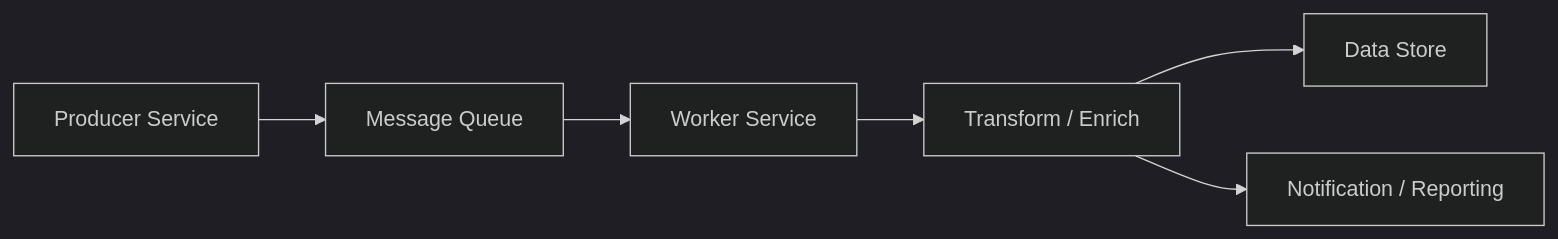
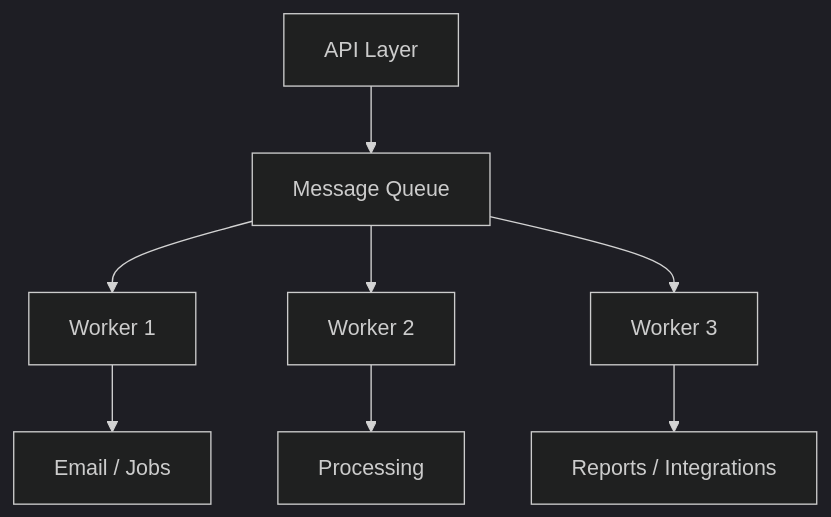
Before and after one commit to quesiblaq442-del/architecture-diagram: diagram 12 of 25 in ARCHITECTURE.md, drawn with Mermaid (dark theme). The commit also changed other lines of this file, not shown here.

````diff
--- a/ARCHITECTURE.md
+++ b/ARCHITECTURE.md
@@ -358,8 +315,10 @@
 ```mermaid
-graph LR
-    Producer["Producer Service"] --> Queue["Message Queue"]
-    Queue --> Worker["Worker Service"]
-    Worker --> Transform["Transform / Enrich"]
-    Transform --> Store["Data Store"]
-    Transform --> Notify["Notification / Reporting"]
+graph TB
+    API["API Layer"] --> MQ["Message Queue"]
+    MQ --> Worker1["Worker 1"]
+    MQ --> Worker2["Worker 2"]
+    MQ --> Worker3["Worker 3"]
+    Worker1 --> Task1["Email / Jobs"]
+    Worker2 --> Task2["Processing"]
+    Worker3 --> Task3["Reports / Integrations"]
 ```
````
